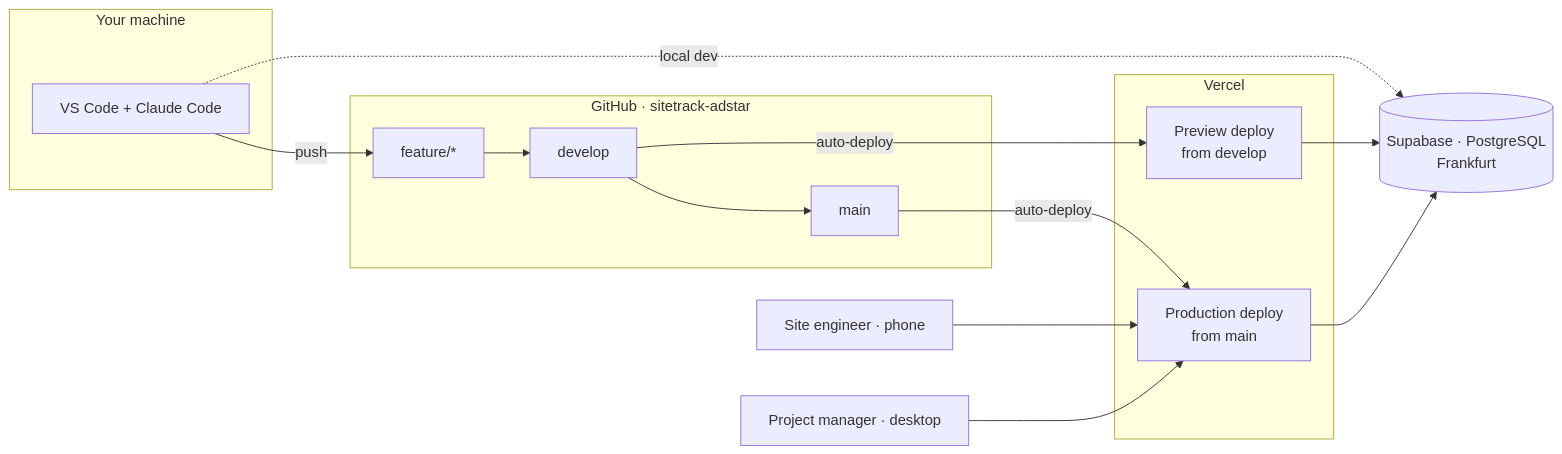
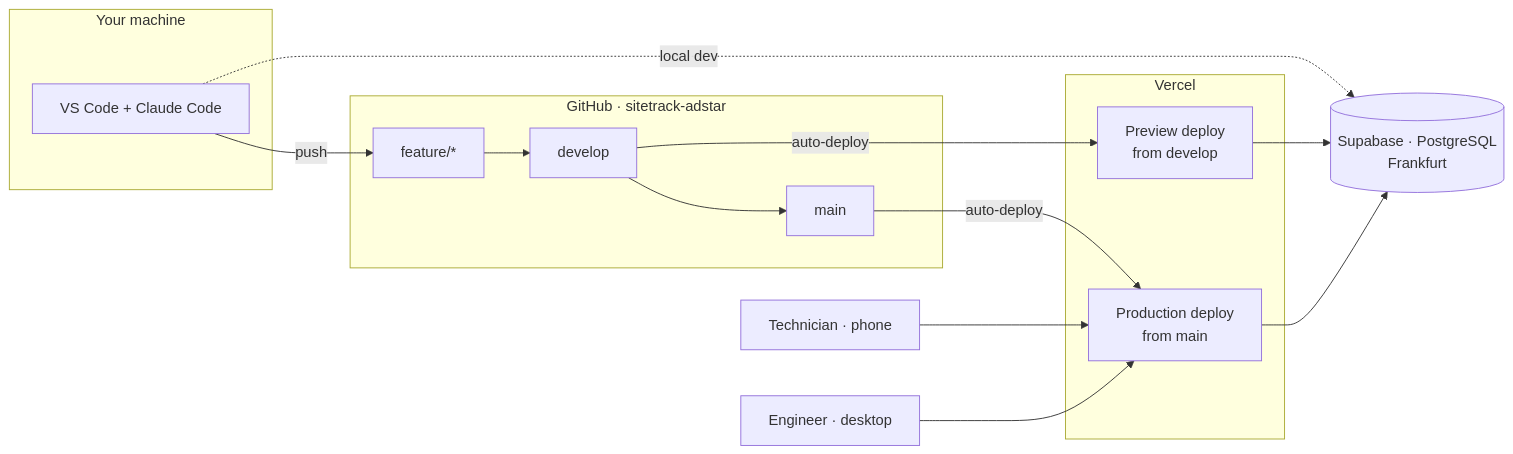
Before and after one commit to erharizi1/sitetrack-adstar: the first of 4 diagrams in docs/ARCHITECTURE.md, drawn with Mermaid. The commit also changed other lines of this file and 13 other files, not shown here.

First line of the commit message:
refactor: rename roles to Owner / Engineer / Technician

````diff
--- a/docs/ARCHITECTURE.md
+++ b/docs/ARCHITECTURE.md
@@ -13,30 +13,30 @@
 ```mermaid
 flowchart LR
     subgraph local[Your machine]
         vscode[VS Code + Claude Code]
     end
  
     subgraph github[GitHub · sitetrack-adstar]
         feat[feature/*] --> dev[develop]
         dev --> main[main]
     end
  
     subgraph vercel[Vercel]
         preview[Preview deploy<br/>from develop]
         prod[Production deploy<br/>from main]
     end
  
     supabase[(Supabase · PostgreSQL<br/>Frankfurt)]
  
-    engineer[Site engineer · phone]
-    pm[Project manager · desktop]
+    technician[Technician · phone]
+    engineer[Engineer · desktop]
  
     vscode -->|push| feat
     dev -->|auto-deploy| preview
     main -->|auto-deploy| prod
     vscode -.->|local dev| supabase
     preview --> supabase
     prod --> supabase
+    technician --> prod
     engineer --> prod
-    pm --> prod
 ```
````
